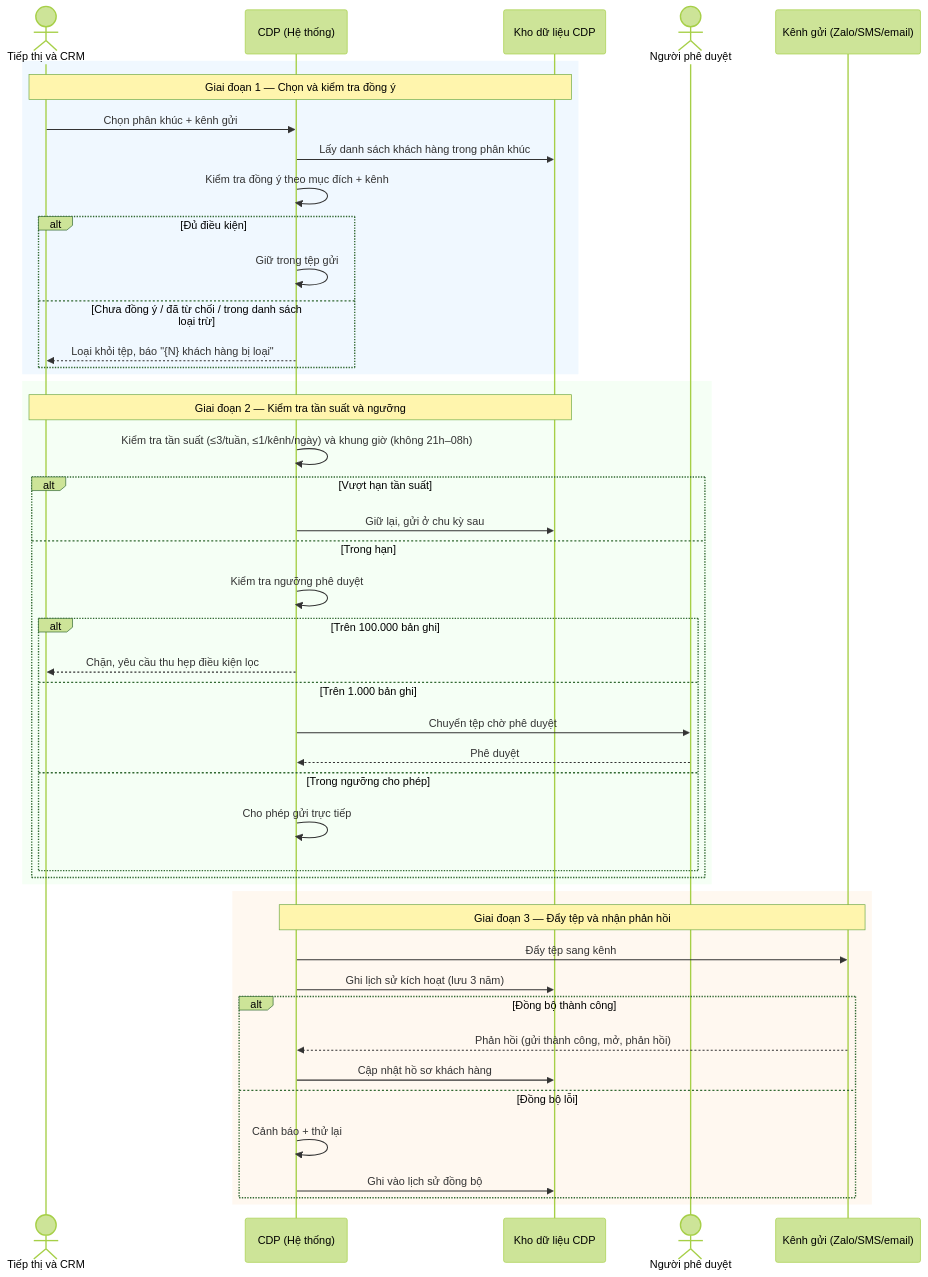
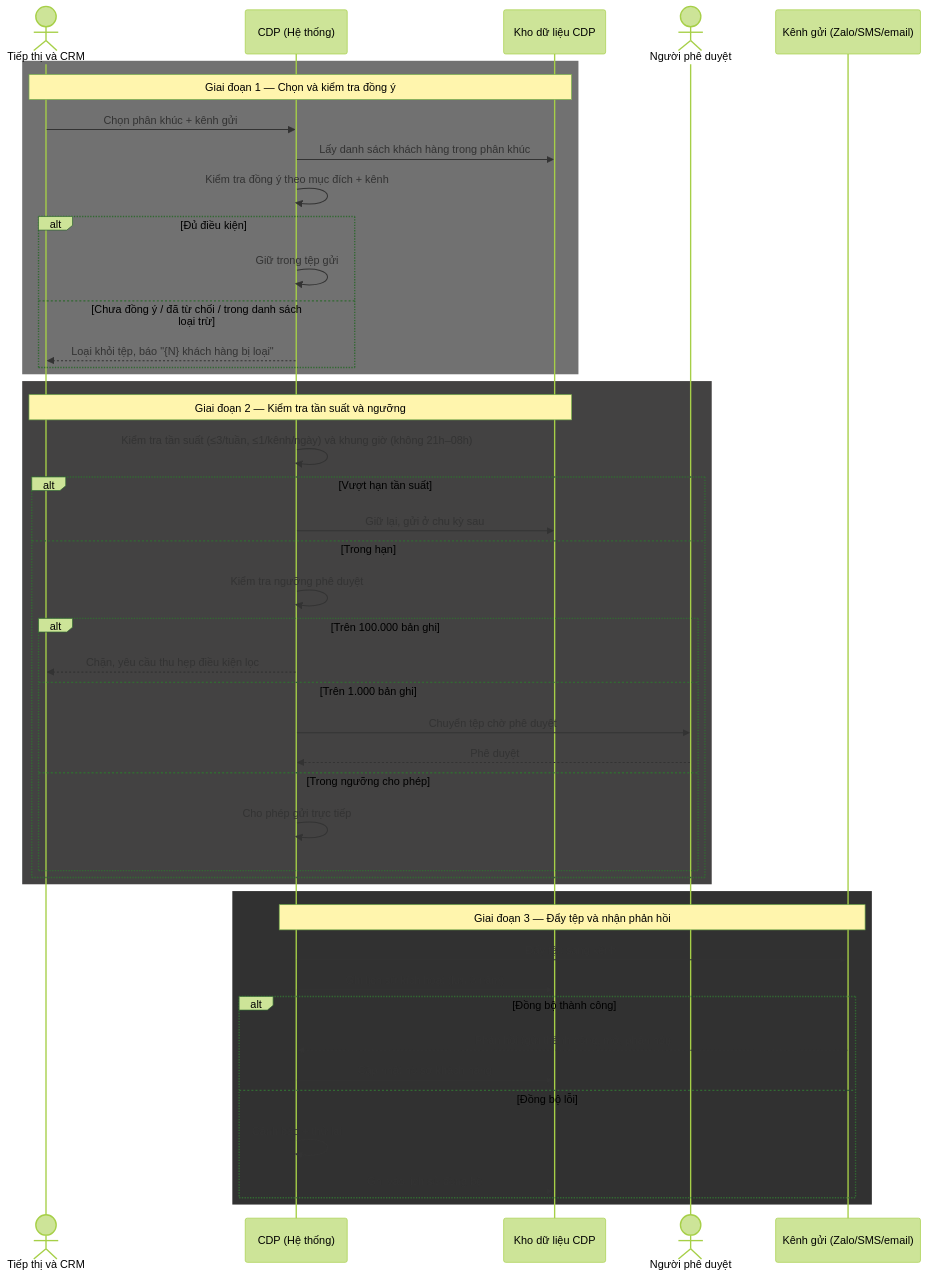
Before and after one commit to Dungbtmu/BA-Agent: diagram 11 of 11 in .claude/output/cdp-tct/urd/urd-srs-v1.md, drawn with Mermaid (forest theme). The commit also changed other lines of this file, not shown here.

````diff
--- a/.claude/output/cdp-tct/urd/urd-srs-v1.md
+++ b/.claude/output/cdp-tct/urd/urd-srs-v1.md
@@ -958,51 +982,51 @@
 ```mermaid
 sequenceDiagram
     actor MKT as Tiếp thị và CRM
     participant HT as CDP (Hệ thống)
     participant DB as Kho dữ liệu CDP
     actor APR as Người phê duyệt
     participant CH as Kênh gửi (Zalo/SMS/email)
 
-    rect rgb(240, 248, 255)
+    rect rgba(113, 113, 113, 1)
         Note over MKT,DB: Giai đoạn 1 — Chọn và kiểm tra đồng ý
         MKT->>HT: Chọn phân khúc + kênh gửi
         HT->>DB: Lấy danh sách khách hàng trong phân khúc
         HT->>HT: Kiểm tra đồng ý theo mục đích + kênh
         alt Đủ điều kiện
             HT->>HT: Giữ trong tệp gửi
         else Chưa đồng ý / đã từ chối / trong danh sách loại trừ
             HT-->>MKT: Loại khỏi tệp, báo "{N} khách hàng bị loại"
         end
     end
 
-    rect rgb(245, 255, 245)
+    rect rgba(67, 66, 66, 1)
         Note over MKT,DB: Giai đoạn 2 — Kiểm tra tần suất và ngưỡng
         HT->>HT: Kiểm tra tần suất (≤3/tuần, ≤1/kênh/ngày) và khung giờ (không 21h–08h)
         alt Vượt hạn tần suất
             HT->>DB: Giữ lại, gửi ở chu kỳ sau
         else Trong hạn
             HT->>HT: Kiểm tra ngưỡng phê duyệt
             alt Trên 100.000 bản ghi
                 HT-->>MKT: Chặn, yêu cầu thu hẹp điều kiện lọc
             else Trên 1.000 bản ghi
                 HT->>APR: Chuyển tệp chờ phê duyệt
                 APR-->>HT: Phê duyệt
             else Trong ngưỡng cho phép
                 HT->>HT: Cho phép gửi trực tiếp
             end
         end
     end
 
-    rect rgb(255, 248, 240)
+    rect rgba(49, 49, 49, 1)
         Note over HT,CH: Giai đoạn 3 — Đẩy tệp và nhận phản hồi
         HT->>CH: Đẩy tệp sang kênh
         HT->>DB: Ghi lịch sử kích hoạt (lưu 3 năm)
         alt Đồng bộ thành công
             CH-->>HT: Phản hồi (gửi thành công, mở, phản hồi)
             HT->>DB: Cập nhật hồ sơ khách hàng
         else Đồng bộ lỗi
             HT->>HT: Cảnh báo + thử lại
             HT->>DB: Ghi vào lịch sử đồng bộ
         end
     end
 ```
````
